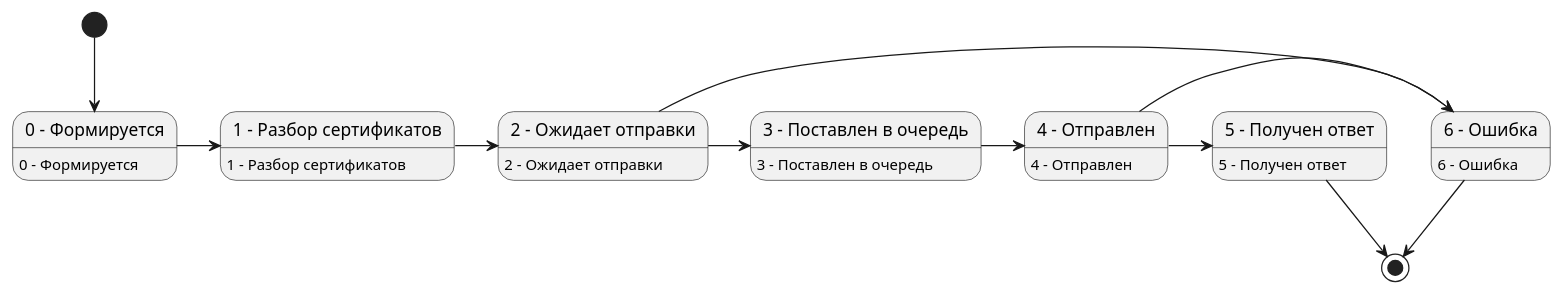
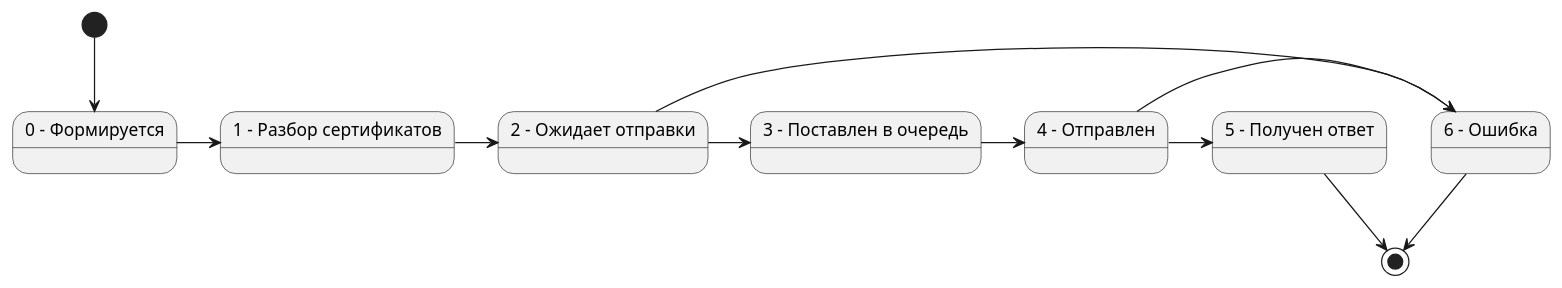
Before and after one commit to citpb/platform-astral-schemes: the diagram in udo_plora_statuses.puml, drawn with PlantUML.

Commit message:
Update udo_plora_statuses.puml
Убрал нижнюю секцию в каждом состоянии.

```diff
--- a/udo_plora_statuses.puml
+++ b/udo_plora_statuses.puml
@@ -1,30 +1,22 @@
 @startuml
 
 state "0 – Формируется" as State0
 state "1 – Разбор сертификатов" as State1
 state "2 - Ожидает отправки" as State2
 state "3 - Поставлен в очередь" as State3
 state "4 - Отправлен" as State4
 state "5 - Получен ответ" as State5
 state "6 - Ошибка" as State6
-
-State0 : 0 – Формируется
-State1 : 1 – Разбор сертификатов
-State2 : 2 - Ожидает отправки
-State3 : 3 - Поставлен в очередь
-State4 : 4 - Отправлен
-State5 : 5 - Получен ответ
-State6 : 6 - Ошибка
 
 [*] --> State0
 State0 -> State1
 State1 -> State2
 State2 -> State3
 State3 -> State4
 State2 -> State6
 State4 -> State5
 State4 -> State6
 State5 --> [*]
 State6 --> [*]
 
 @enduml
```
